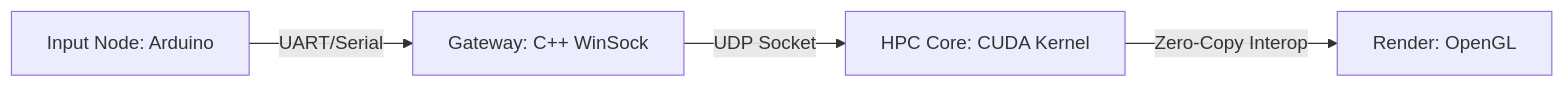
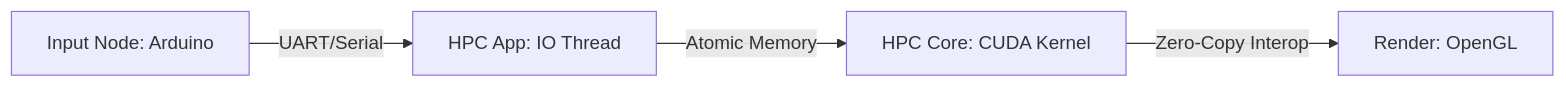
Before and after one commit to Hyeonjoon-Nam/Cuda-Study-Journey: the diagram in CudaStudy/06_Heterogeneous_HPC/README.md, drawn with Mermaid. The commit also changed other lines of this file and 9 other files, not shown here.

````diff
--- a/CudaStudy/06_Heterogeneous_HPC/README.md
+++ b/CudaStudy/06_Heterogeneous_HPC/README.md
@@ -15,6 +15,6 @@
 ```mermaid
 graph LR
-    A[Input Node: Arduino] -- UART/Serial --> B[Gateway: C++ WinSock]
-    B -- UDP Socket --> C[HPC Core: CUDA Kernel]
+    A[Input Node: Arduino] -- UART/Serial --> B[HPC App: IO Thread]
+    B -- Atomic Memory --> C[HPC Core: CUDA Kernel]
     C -- Zero-Copy Interop --> D[Render: OpenGL]
 ```
````
